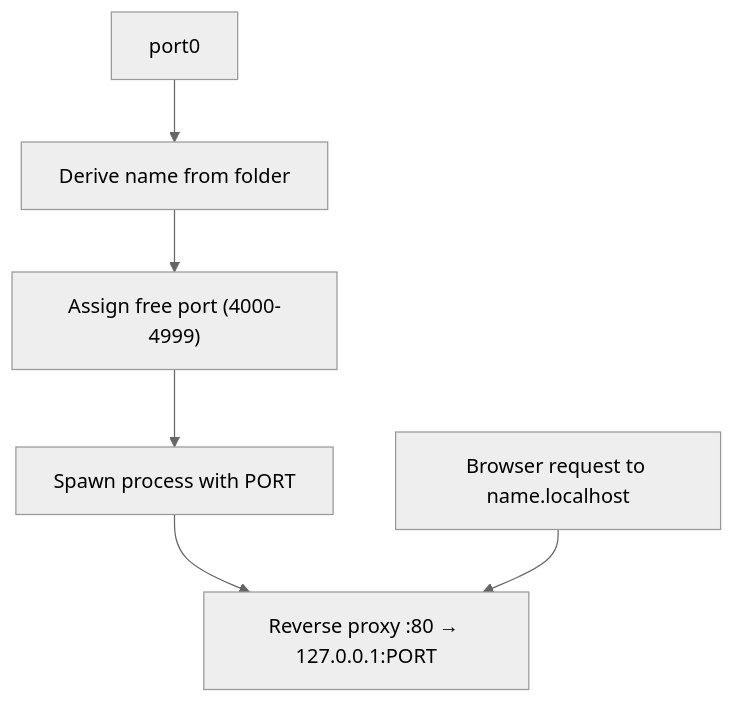
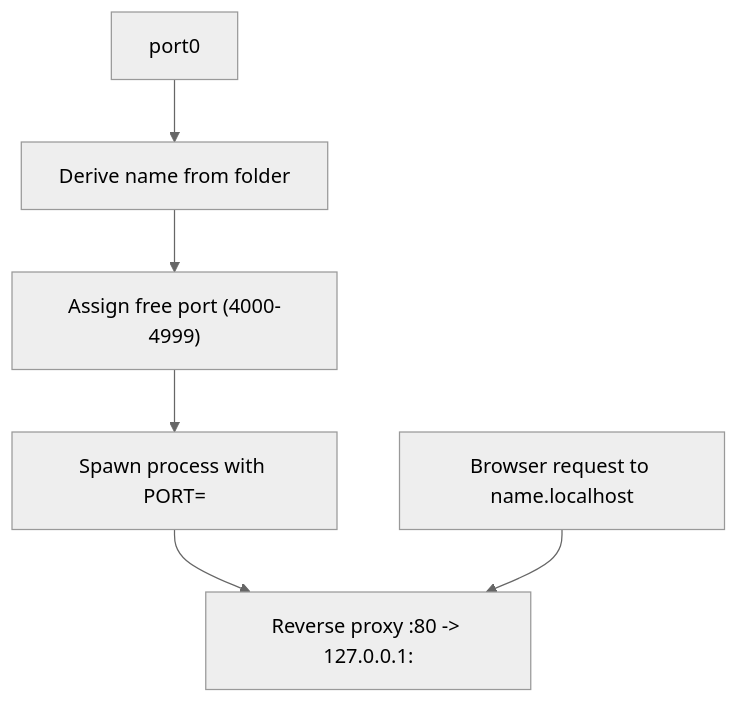
One commit to Blu3Ph4ntom/port0 changed the diagram in README.md. Above: the diagram before and after it, drawn with Mermaid (neutral theme). The commit also changed other lines of this file, not shown here.

````diff
--- a/README.md
+++ b/README.md
@@ -48,8 +39,8 @@
 ```mermaid
-flowchart TD
+flowchart TB
   Run["port0 <cmd>"] --> Name["Derive name from folder"]
   Name --> Assign["Assign free port (4000-4999)"]
-  Assign --> Spawn["Spawn process with PORT"]
-  Spawn --> Proxy["Reverse proxy :80 → 127.0.0.1:PORT"]
+  Assign --> Spawn["Spawn process with PORT=<port>"]
+  Spawn --> Proxy["Reverse proxy :80 -> 127.0.0.1:<port>"]
   Browser["Browser request to name.localhost"] --> Proxy
 ```
````
